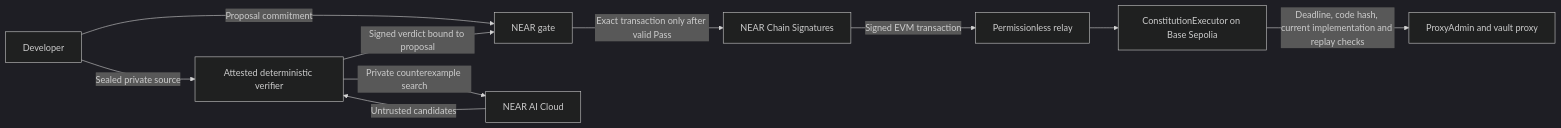
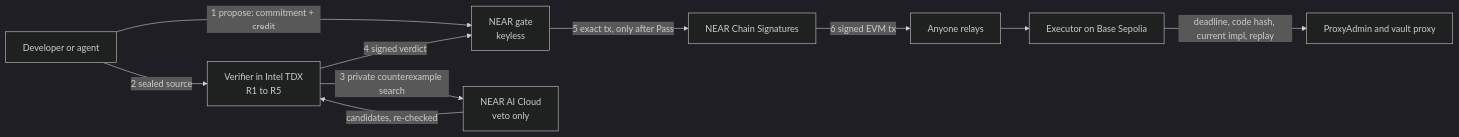
The first of 2 diagrams in README.md (Dylansius11/constitution), drawn with Mermaid (dark theme) before and after one commit. The commit also changed other lines of this file, not shown here.

````diff
--- a/README.md
+++ b/README.md
@@ -122,12 +69,12 @@
 ```mermaid
 flowchart LR
-    D[Developer] -->|Proposal commitment| G[NEAR gate]
-    D -->|Sealed private source| V[Attested deterministic verifier]
-    V -->|Private counterexample search| A[NEAR AI Cloud]
-    A -->|Untrusted candidates| V
-    V -->|Signed verdict bound to proposal| G
-    G -->|Exact transaction only after valid Pass| M[NEAR Chain Signatures]
-    M -->|Signed EVM transaction| R[Permissionless relay]
-    R --> E[ConstitutionExecutor on Base Sepolia]
-    E -->|Deadline, code hash, current implementation and replay checks| P[ProxyAdmin and vault proxy]
+    D[Developer or agent] -->|1 propose: commitment + credit| G[NEAR gate<br/>keyless]
+    D -->|2 sealed source| V[Verifier in Intel TDX<br/>R1 to R5]
+    V -->|3 private counterexample search| A[NEAR AI Cloud<br/>veto only]
+    A -->|candidates, re-checked| V
+    V -->|4 signed verdict| G
+    G -->|5 exact tx, only after Pass| M[NEAR Chain Signatures]
+    M -->|6 signed EVM tx| R[Anyone relays]
+    R --> E[Executor on Base Sepolia]
+    E -->|deadline, code hash, current impl, replay| P[ProxyAdmin and vault proxy]
 ```
````
